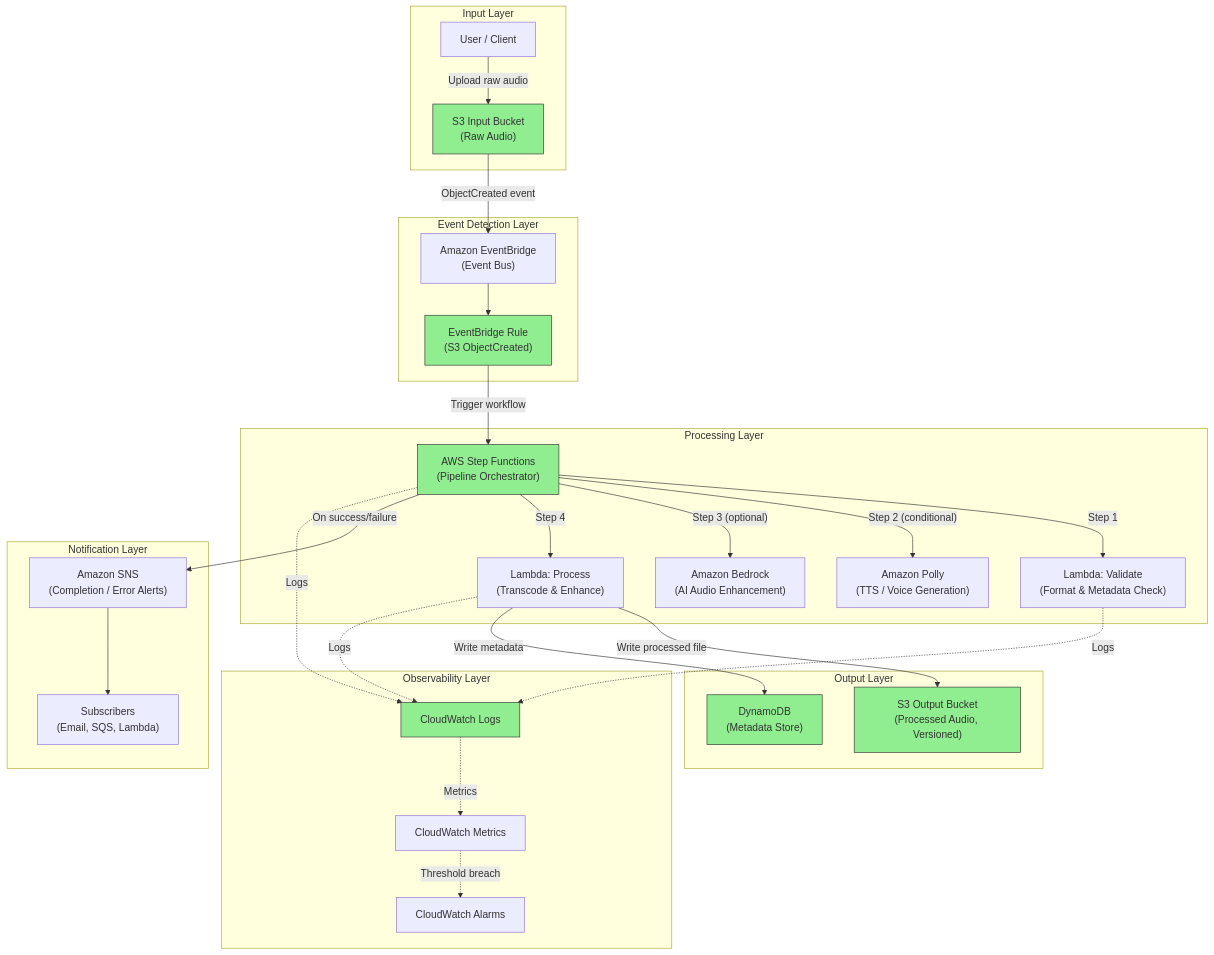
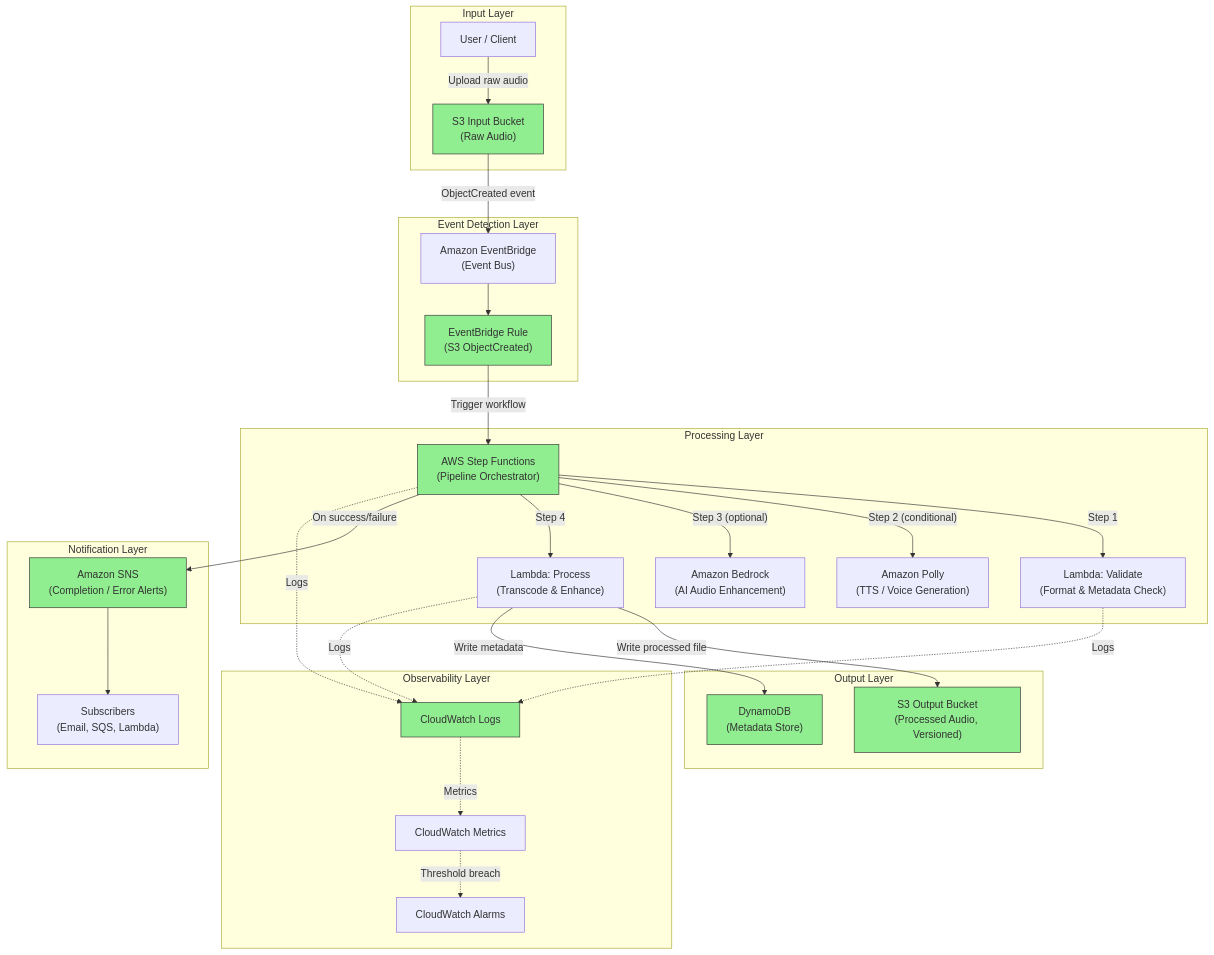
The diagram in ARCHITECTURE.md (obstreperous-ai/cdk-sleep-py-kiro), drawn with Mermaid before and after one commit. The commit also changed other lines of this file and 5 other files, not shown here.

````diff
--- a/ARCHITECTURE.md
+++ b/ARCHITECTURE.md
@@ -42,64 +42,65 @@
 ```mermaid
 flowchart TD
     subgraph Input["Input Layer"]
         User["User / Client"]
         InputBucket["S3 Input Bucket<br/>(Raw Audio)"]
     end
 
     subgraph Events["Event Detection Layer"]
         EB["Amazon EventBridge<br/>(Event Bus)"]
         Rule["EventBridge Rule<br/>(S3 ObjectCreated)"]
     end
 
     subgraph Processing["Processing Layer"]
         SF["AWS Step Functions<br/>(Pipeline Orchestrator)"]
         Validate["Lambda: Validate<br/>(Format & Metadata Check)"]
         Polly["Amazon Polly<br/>(TTS / Voice Generation)"]
         Bedrock["Amazon Bedrock<br/>(AI Audio Enhancement)"]
         Process["Lambda: Process<br/>(Transcode & Enhance)"]
     end
 
     subgraph Output["Output Layer"]
         OutputBucket["S3 Output Bucket<br/>(Processed Audio, Versioned)"]
         DDB["DynamoDB<br/>(Metadata Store)"]
     end
 
     subgraph Notifications["Notification Layer"]
         SNS["Amazon SNS<br/>(Completion / Error Alerts)"]
         Subscribers["Subscribers<br/>(Email, SQS, Lambda)"]
     end
 
     subgraph Observability["Observability Layer"]
         CWLogs["CloudWatch Logs"]
         CWMetrics["CloudWatch Metrics"]
         CWAlarms["CloudWatch Alarms"]
     end
 
     User -->|"Upload raw audio"| InputBucket
     InputBucket -->|"ObjectCreated event"| EB
     EB --> Rule
     Rule -->|"Trigger workflow"| SF
 
     SF -->|"Step 1"| Validate
     SF -->|"Step 2 (conditional)"| Polly
     SF -->|"Step 3 (optional)"| Bedrock
     SF -->|"Step 4"| Process
 
     Process -->|"Write processed file"| OutputBucket
     Process -->|"Write metadata"| DDB
     SF -->|"On success/failure"| SNS
     SNS --> Subscribers
 
     SF -.->|"Logs"| CWLogs
     Validate -.->|"Logs"| CWLogs
     Process -.->|"Logs"| CWLogs
     CWLogs -.->|"Metrics"| CWMetrics
     CWMetrics -.->|"Threshold breach"| CWAlarms
 
     style InputBucket fill:#90EE90,stroke:#333
     style OutputBucket fill:#90EE90,stroke:#333
     style Rule fill:#90EE90,stroke:#333
     style SF fill:#90EE90,stroke:#333
     style CWLogs fill:#90EE90,stroke:#333
     style DDB fill:#90EE90,stroke:#333
+    style SNS fill:#90EE90,stroke:#333
 ```
````
